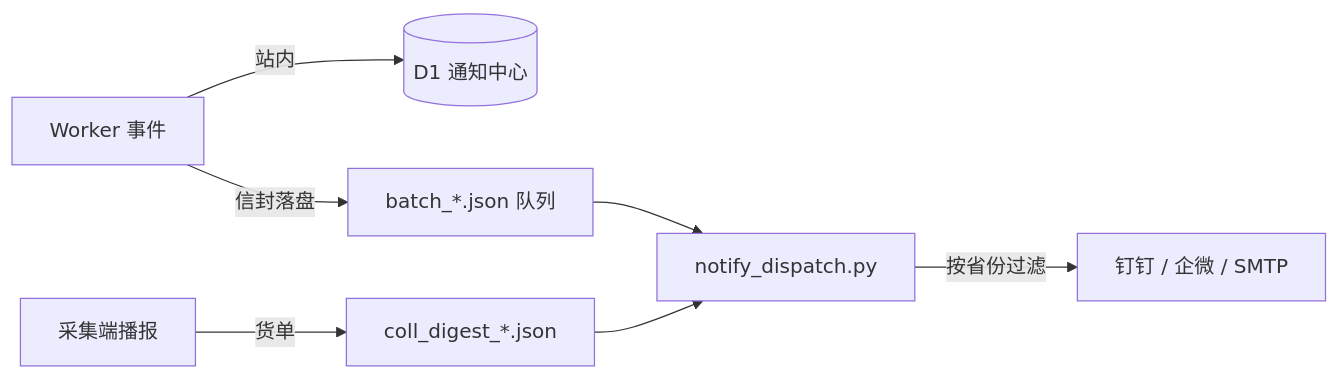
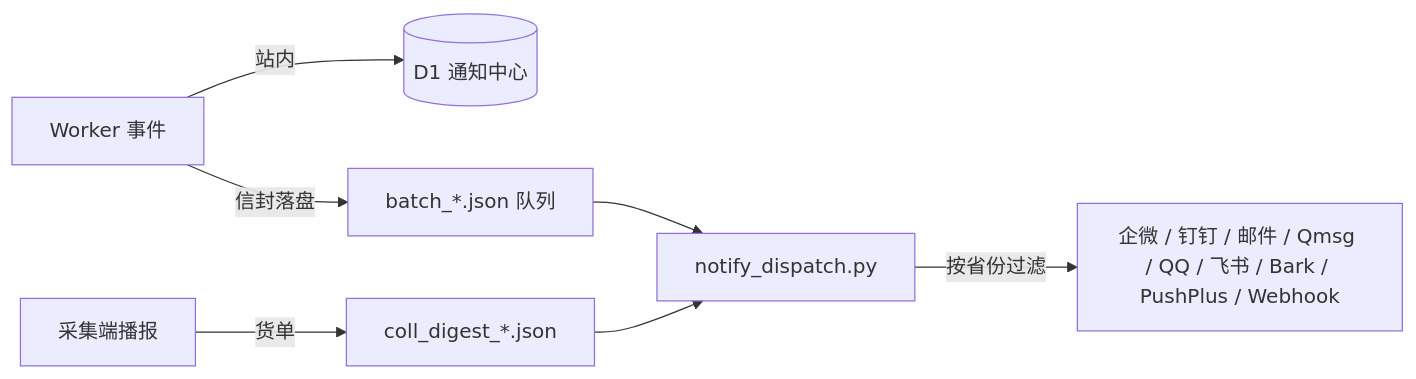
The diagram in README.md (LMTXQ/chinamnos), drawn with Mermaid before and after one commit. The commit also changed other lines of this file, not shown here.

````diff
--- a/README.md
+++ b/README.md
@@ -124,9 +124,9 @@
 ```mermaid
 flowchart LR
     A[Worker 事件] -->|站内| B[(D1 通知中心)]
     A -->|信封落盘| C[batch_*.json 队列]
     D[采集端播报] -->|货单| E[coll_digest_*.json]
     E --> F[notify_dispatch.py]
     C --> F
-    F -->|按省份过滤| G[钉钉 / 企微 / SMTP]
+    F -->|按省份过滤| G[企微 / 钉钉 / 邮件 / Qmsg / QQ / 飞书 / Bark / PushPlus / Webhook]
 ```
````
